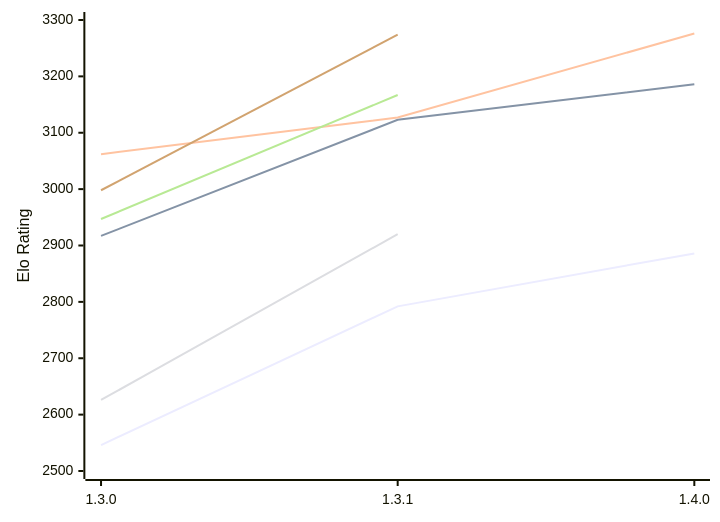
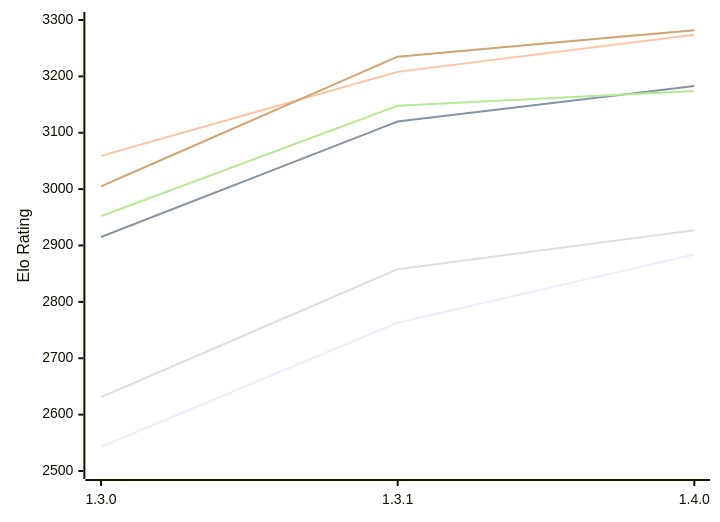
Before and after one commit to computer-chess-index/cci: the first of 2 diagrams in engines/Ember.md, drawn with Mermaid. The commit also changed other lines of this file, not shown here.

Commit message:
Update CCI Ratings (ELO VLTC) - 2026-11-23

````diff
--- a/engines/Ember.md
+++ b/engines/Ember.md
@@ -52,12 +53,12 @@
 ```mermaid
 %%{init: {"theme":"base","themeVariables":{"seriesColors:['#a3a3a3','#222221','#faa371']}}}%%
 xychart-beta
   x-axis ["1.3.0", "1.3.1", "1.4.0"]
   y-axis "Elo Rating" 2500 --> 3300
-  line "E1: STC (8.0+0.08s)" [2546, 2792, 2886]
-  line "E1: LTC (60.0+0.60s)" [2917, 3123, 3186]
-  line "E1: VLTC (2m24s+1.12s)" [3062, 3127, 3276]
-  line "P1: STC (8.0+0.08s)" [2626, 2920]
-  line "P1: LTC (60.0+0.60s)" [2947, 3167]
-  line "P1: VLTC (2m24s+1.12s)" [2998, 3274]
+  line "E1: STC (8.0+0.08s)" [2543, 2763, 2884]
+  line "E1: LTC (60.0+0.60s)" [2915, 3120, 3183]
+  line "E1: VLTC (2m24s+1.12s)" [3059, 3208, 3274]
+  line "P1: STC (8.0+0.08s)" [2631, 2858, 2927]
+  line "P1: LTC (60.0+0.60s)" [2952, 3148, 3174]
+  line "P1: VLTC (2m24s+1.12s)" [3005, 3235, 3282]
 ```
````
